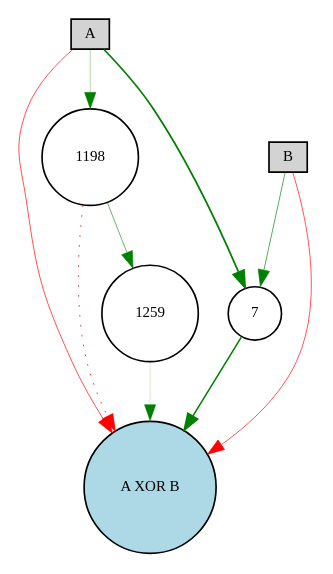
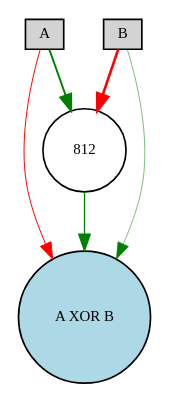
Before and after one commit to a4m123/Neuroevolutionary-computing: the diagram in Код/учимся/Digraph.gv, drawn with Graphviz. The commit also changed 9 other files, not shown here.

```diff
--- a/Код/учимся/Digraph.gv
+++ b/Код/учимся/Digraph.gv
@@ -1,18 +1,12 @@
 digraph {
 	node [fontsize=9 height=0.2 shape=circle width=0.2]
 	A [fillcolor=lightgray shape=box style=filled]
 	B [fillcolor=lightgray shape=box style=filled]
 	"A XOR B" [fillcolor=lightblue style=filled]
-	1259 [fillcolor=white style=filled]
-	1198 [fillcolor=white style=filled]
-	7 [fillcolor=white style=filled]
-	A -> 7 [color=green penwidth=1.0580310043572145 style=solid]
-	7 -> "A XOR B" [color=green penwidth=0.9244488642432406 style=solid]
-	B -> 7 [color=green penwidth=0.3986983246923832 style=solid]
-	A -> "A XOR B" [color=red penwidth=0.4075062002799492 style=solid]
-	B -> "A XOR B" [color=red penwidth=0.3967816717782847 style=solid]
-	A -> 1198 [color=green penwidth=0.18945837713820993 style=solid]
-	1198 -> "A XOR B" [color=red penwidth=0.4839083458996394 style=dotted]
-	1198 -> 1259 [color=green penwidth=0.3450926988425507 style=solid]
-	1259 -> "A XOR B" [color=green penwidth=0.11090014183817223 style=solid]
+	812 [fillcolor=white style=filled]
+	A -> 812 [color=green penwidth=1.1169856726642777 style=solid]
+	812 -> "A XOR B" [color=green penwidth=0.770479235526747 style=solid]
+	B -> 812 [color=red penwidth=1.5847117556442099 style=solid]
+	B -> "A XOR B" [color=green penwidth=0.31277578436006037 style=solid]
+	A -> "A XOR B" [color=red penwidth=0.5910299814364383 style=solid]
 }
```
